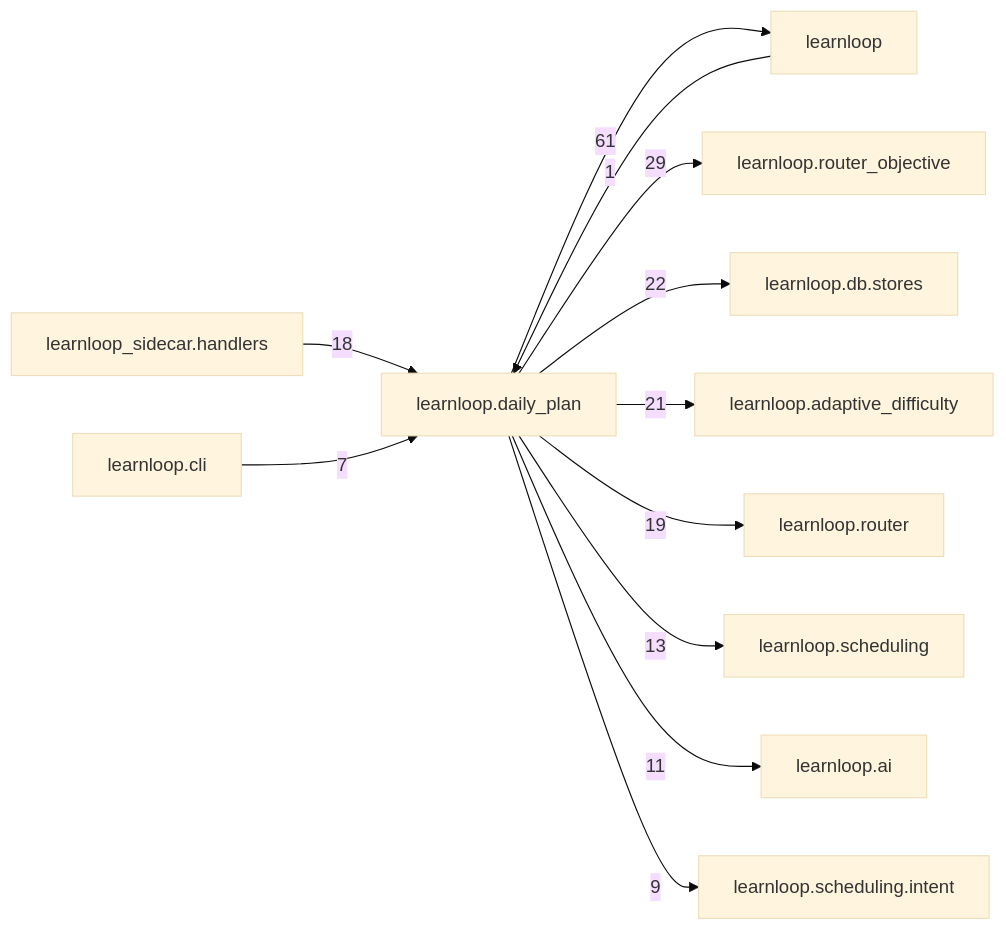
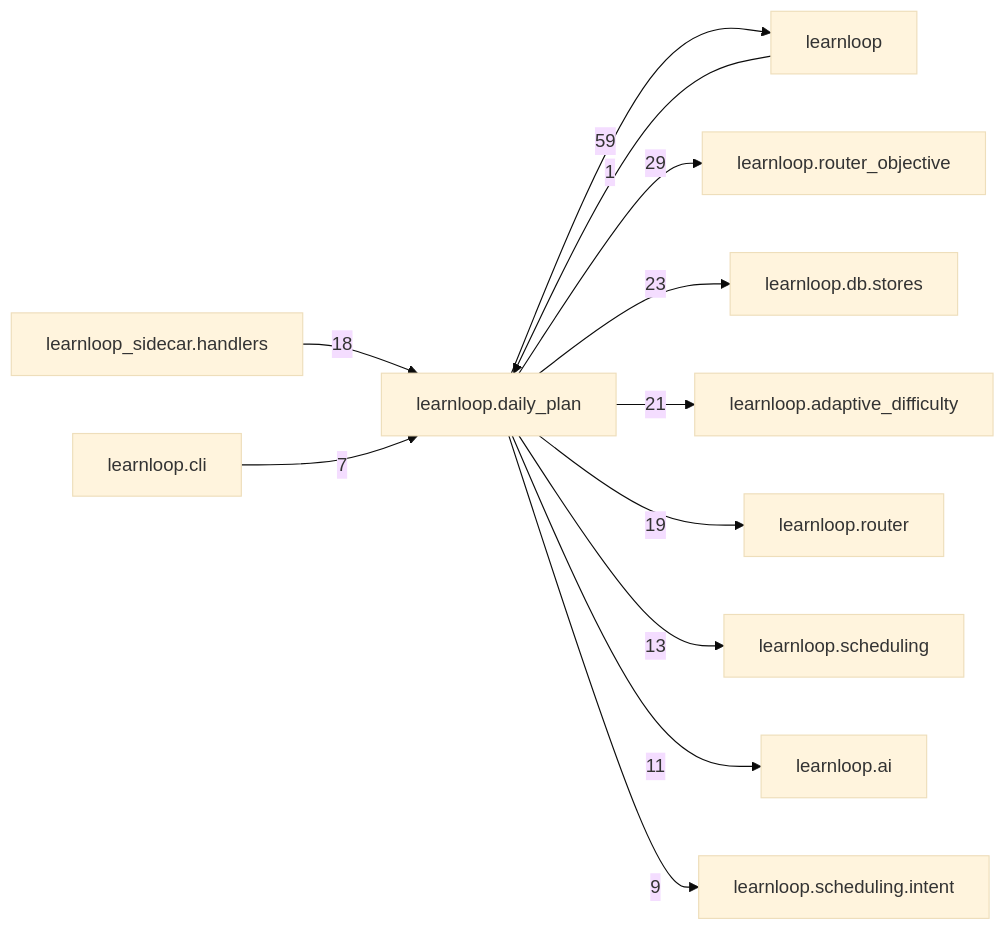
One commit to 6up-b/learnanything changed the diagram in docs/learnloop-architecture-vault/Reference/Modules/learnloop/daily_plan/_package.md. Above: the diagram before and after it, drawn with Mermaid (base theme). The commit also changed other lines of this file and 67 other files, not shown here.

````diff
--- a/docs/learnloop-architecture-vault/Reference/Modules/learnloop/daily_plan/_package.md
+++ b/docs/learnloop-architecture-vault/Reference/Modules/learnloop/daily_plan/_package.md
@@ -164,25 +164,25 @@
 ```mermaid
 flowchart LR
     center["learnloop.daily_plan"]
     n_learnloop["learnloop"]
     n_learnloop_router_objective["learnloop.router_objective"]
     n_learnloop_db_stores["learnloop.db.stores"]
     n_learnloop_adaptive_difficulty["learnloop.adaptive_difficulty"]
     n_learnloop_router["learnloop.router"]
     n_learnloop_sidecar_handlers["learnloop_sidecar.handlers"]
     n_learnloop_scheduling["learnloop.scheduling"]
     n_learnloop_ai["learnloop.ai"]
     n_learnloop_scheduling_intent["learnloop.scheduling.intent"]
     n_learnloop_cli["learnloop.cli"]
     n_learnloop -->|1| center
-    center -->|61| n_learnloop
+    center -->|59| n_learnloop
     center -->|29| n_learnloop_router_objective
-    center -->|22| n_learnloop_db_stores
+    center -->|23| n_learnloop_db_stores
     center -->|21| n_learnloop_adaptive_difficulty
     center -->|19| n_learnloop_router
     n_learnloop_sidecar_handlers -->|18| center
     center -->|13| n_learnloop_scheduling
     center -->|11| n_learnloop_ai
     center -->|9| n_learnloop_scheduling_intent
     n_learnloop_cli -->|7| center
 ```
````
